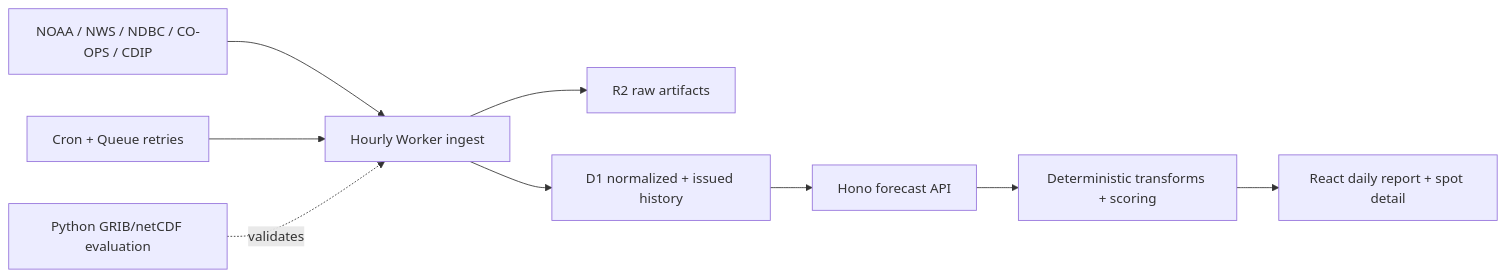
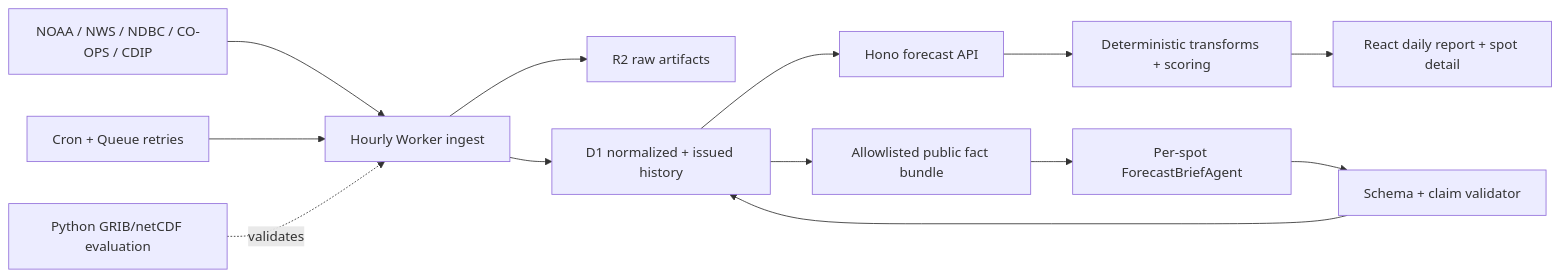
One commit to aylee/surf changed the diagram in docs/architecture.md. Above: the diagram before and after it, drawn with Mermaid. The commit also changed other lines of this file and 9 other files, not shown here.

````diff
--- a/docs/architecture.md
+++ b/docs/architecture.md
@@ -7,11 +7,15 @@
 ```mermaid
 flowchart LR
   feeds["NOAA / NWS / NDBC / CO-OPS / CDIP"] --> ingest["Hourly Worker ingest"]
   ingest --> raw["R2 raw artifacts"]
   ingest --> rows["D1 normalized + issued history"]
   queue["Cron + Queue retries"] --> ingest
   rows --> api["Hono forecast API"]
   api --> core["Deterministic transforms + scoring"]
   core --> ui["React daily report + spot detail"]
+  rows --> facts["Allowlisted public fact bundle"]
+  facts --> agent["Per-spot ForecastBriefAgent"]
+  agent --> validate["Schema + claim validator"]
+  validate --> rows
   python["Python GRIB/netCDF evaluation"] -. validates .-> ingest
 ```
````
